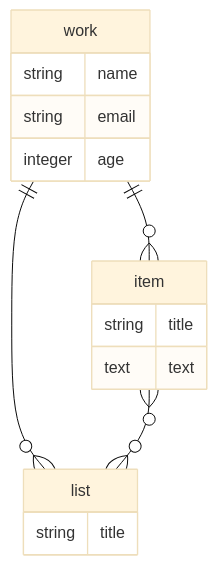
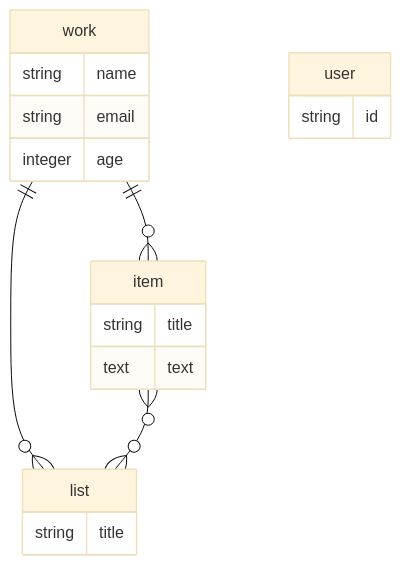
The diagram in doc/er.md (elzup/waiwai-wiki), drawn with Mermaid (base theme) before and after one commit. The commit also changed 3 other files, not shown here.

````diff
--- a/doc/er.md
+++ b/doc/er.md
@@ -1,22 +1,26 @@
 ```mermaid
 erDiagram
 
 work ||--o{ item: ""
 work ||--o{ list: ""
 item }o--o{ list: ""
 
 work {
   string name
   string email
   integer age
 }
 
 item {
   string title
   text text
 }
 
 list {
   string title
 }
+
+user {
+  string id
+}
 ```
````
